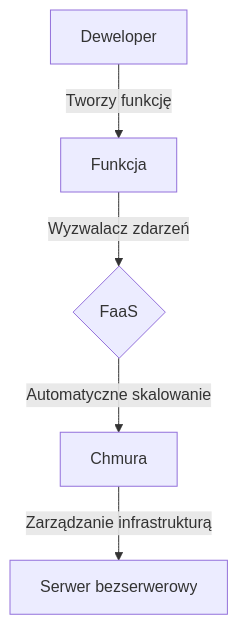
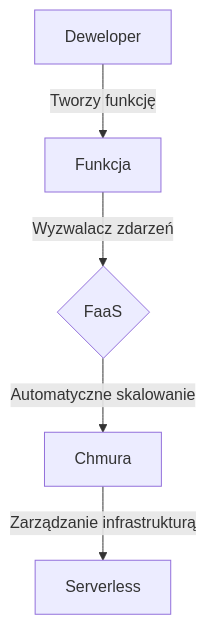
The third of 9 diagrams in README.md (teleoperator-info/2024), drawn with Mermaid before and after one commit. The commit also changed other lines of this file, not shown here.

````diff
--- a/README.md
+++ b/README.md
@@ -112,7 +112,7 @@
 ```mermaid
 graph TD;
     A[Deweloper] --> |Tworzy funkcję| B[Funkcja]
     B --> |Wyzwalacz zdarzeń| C{FaaS}
     C --> |Automatyczne skalowanie| D[Chmura]
-    D --> |Zarządzanie infrastrukturą| E[Serwer bezserwerowy]
+    D --> |Zarządzanie infrastrukturą| E[Serverless]
 ```
````
